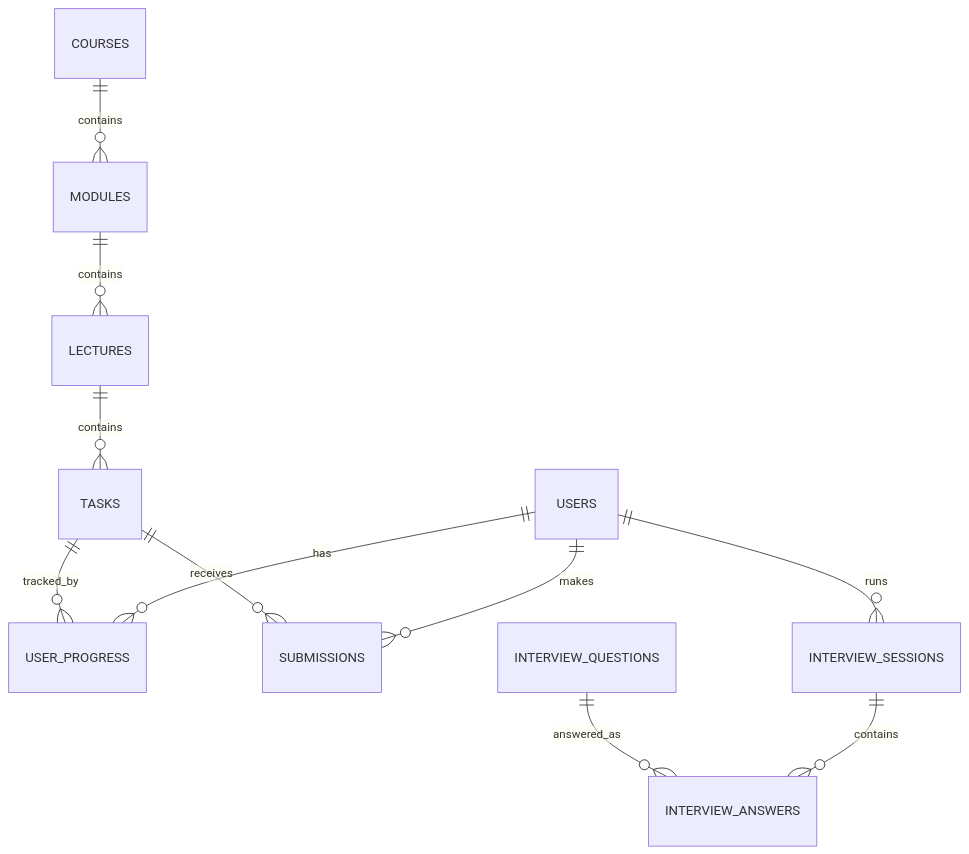
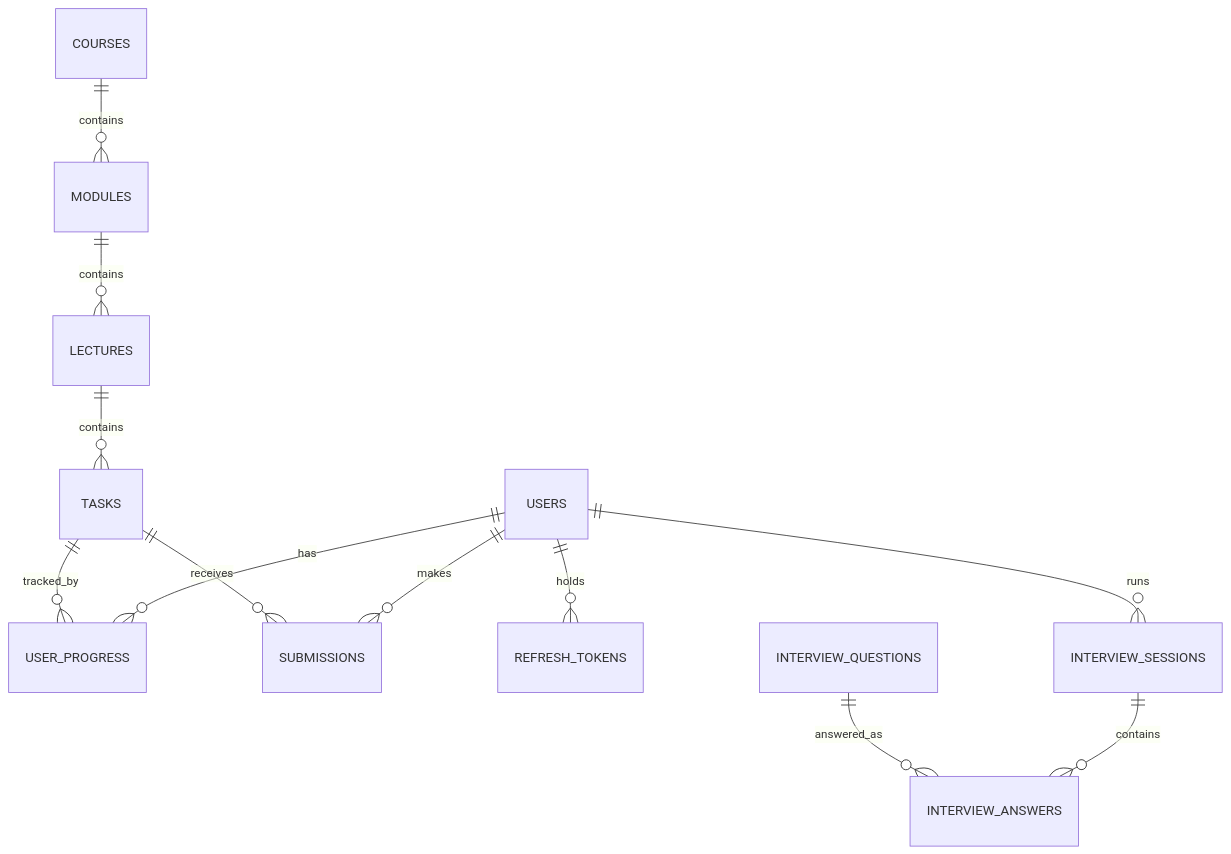
One commit to Dubilok/java-ai-academy changed the fourth of 4 diagrams in CLAUDE.md. Above: the diagram before and after it, drawn with Mermaid. The commit also changed other lines of this file and 12 other files, not shown here.

````diff
--- a/CLAUDE.md
+++ b/CLAUDE.md
@@ -342,13 +342,14 @@
 ```mermaid
 erDiagram
     USERS ||--o{ USER_PROGRESS : has
     USERS ||--o{ SUBMISSIONS : makes
+    USERS ||--o{ REFRESH_TOKENS : holds
     COURSES ||--o{ MODULES : contains
     MODULES ||--o{ LECTURES : contains
     LECTURES ||--o{ TASKS : contains
     TASKS ||--o{ USER_PROGRESS : tracked_by
     TASKS ||--o{ SUBMISSIONS : receives
     USERS ||--o{ INTERVIEW_SESSIONS : runs
     INTERVIEW_SESSIONS ||--o{ INTERVIEW_ANSWERS : contains
     INTERVIEW_QUESTIONS ||--o{ INTERVIEW_ANSWERS : answered_as
 ```
````
